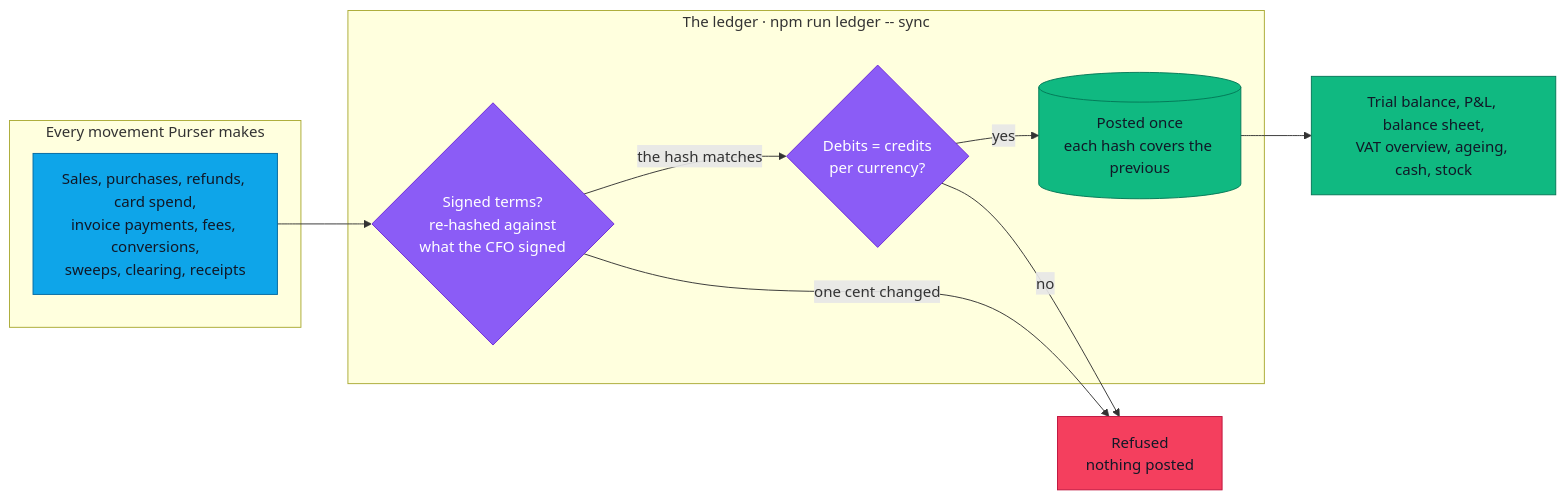
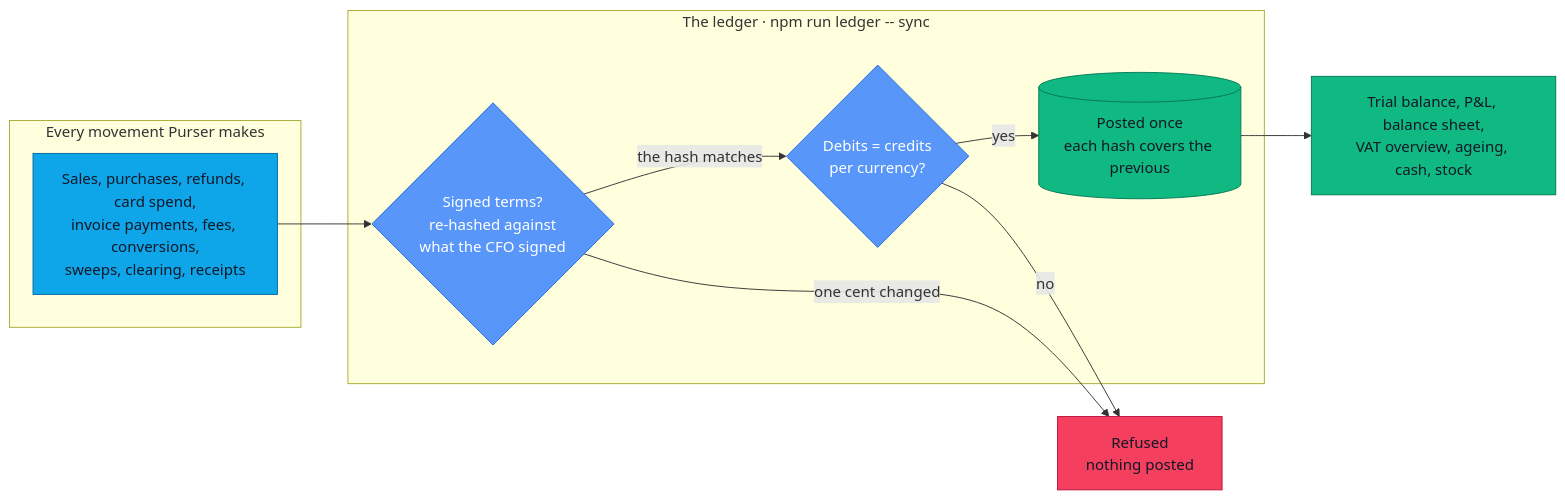
Before and after one commit to agamemnon-coder/x402-business-agents: the diagram in docs/ledger.md, drawn with Mermaid. The commit also changed other lines of this file and 184 other files, not shown here.

````diff
--- a/docs/ledger.md
+++ b/docs/ledger.md
@@ -19,26 +19,26 @@
 ```mermaid
 flowchart LR
   subgraph IN["Every movement Purser makes"]
     M["Sales, purchases, refunds, card spend,<br/>invoice payments, fees, conversions,<br/>sweeps, clearing, receipts"]
   end
   subgraph L["The ledger · npm run ledger -- sync"]
     LOCK{"Signed terms?<br/>re-hashed against<br/>what the CFO signed"}
     BAL{"Debits = credits<br/>per currency?"}
     POST[("Posted once<br/>each hash covers the previous")]
   end
   REP["Trial balance, P&L, balance sheet,<br/>VAT overview, ageing, cash, stock"]
   X["Refused<br/>nothing posted"]
   M --> LOCK
   LOCK -- "the hash matches" --> BAL
   LOCK -- "one cent changed" --> X
   BAL -- "yes" --> POST --> REP
   BAL -- "no" --> X
   classDef rails fill:#0ea5e9,stroke:#0369a1,color:#111827
-  classDef purser fill:#8b5cf6,stroke:#6d28d9,color:#ffffff
+  classDef purser fill:#5996f9,stroke:#246bdd,color:#ffffff
   classDef ok fill:#10b981,stroke:#047857,color:#111827
   classDef stop fill:#f43f5e,stroke:#be123c,color:#111827
   class M rails
   class LOCK,BAL purser
   class POST,REP ok
   class X stop
 ```
````
